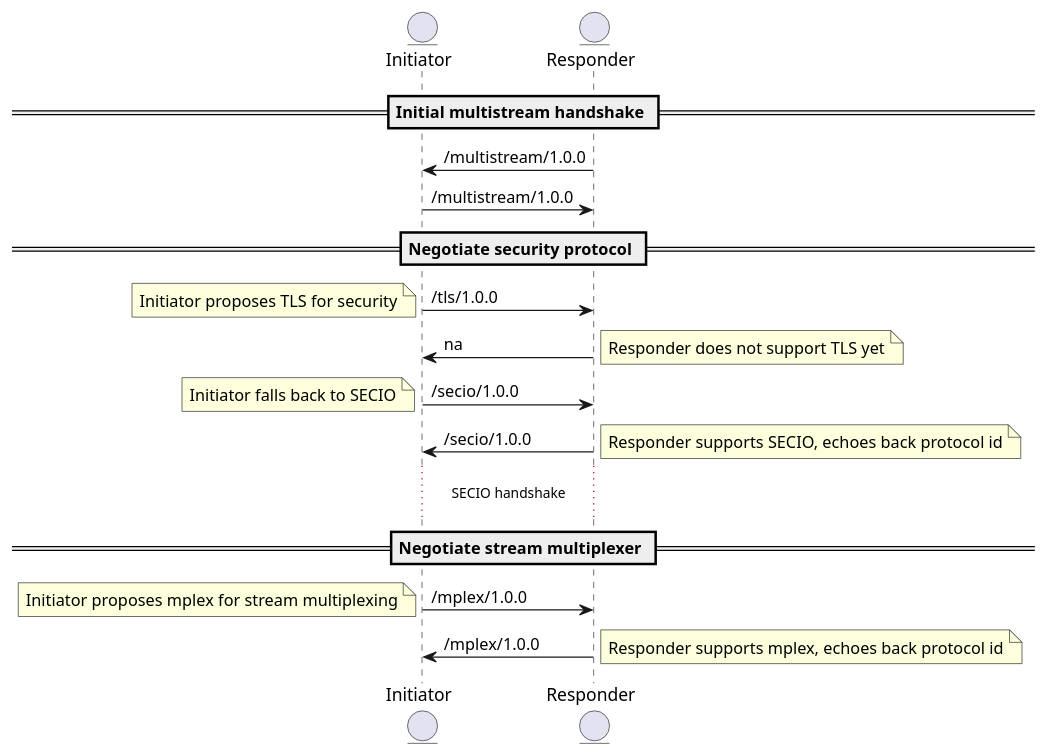
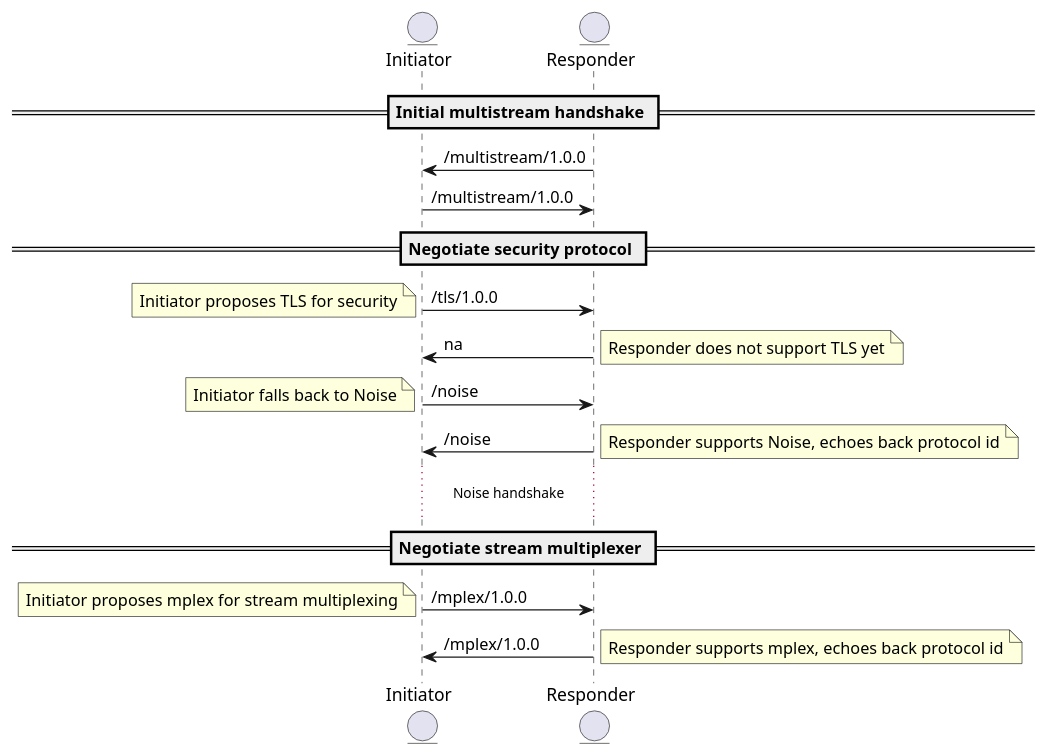
Before and after one commit to libp2p/specs: the diagram in connections/conn-upgrade.plantuml, drawn with PlantUML. The commit also changed 2 other files, not shown here.

Commit message:
connections: Replace SECIO with Noise as baseline sec proto

```diff
--- a/connections/conn-upgrade.plantuml
+++ b/connections/conn-upgrade.plantuml
@@ -1,36 +1,36 @@
 @startuml
 
 entity Initiator
 entity Responder
 
 == Initial multistream handshake ==
 
 Responder -> Initiator: /multistream/1.0.0
 Initiator -> Responder: /multistream/1.0.0
 
 == Negotiate security protocol ==
 
 Initiator -> Responder: /tls/1.0.0
 note left: Initiator proposes TLS for security
 
 Responder -> Initiator: na
 note right: Responder does not support TLS yet
 
-Initiator -> Responder: /secio/1.0.0
-note left: Initiator falls back to SECIO
+Initiator -> Responder: /noise
+note left: Initiator falls back to Noise
 
-Responder -> Initiator: /secio/1.0.0
-note right: Responder supports SECIO, echoes back protocol id
+Responder -> Initiator: /noise
+note right: Responder supports Noise, echoes back protocol id
 
-... SECIO handshake ...
+... Noise handshake ...
 
 == Negotiate stream multiplexer ==
 
 Initiator -> Responder: /mplex/1.0.0
 note left: Initiator proposes mplex for stream multiplexing
 
 Responder -> Initiator: /mplex/1.0.0
 note right: Responder supports mplex, echoes back protocol id
 
 
 @enduml
```
